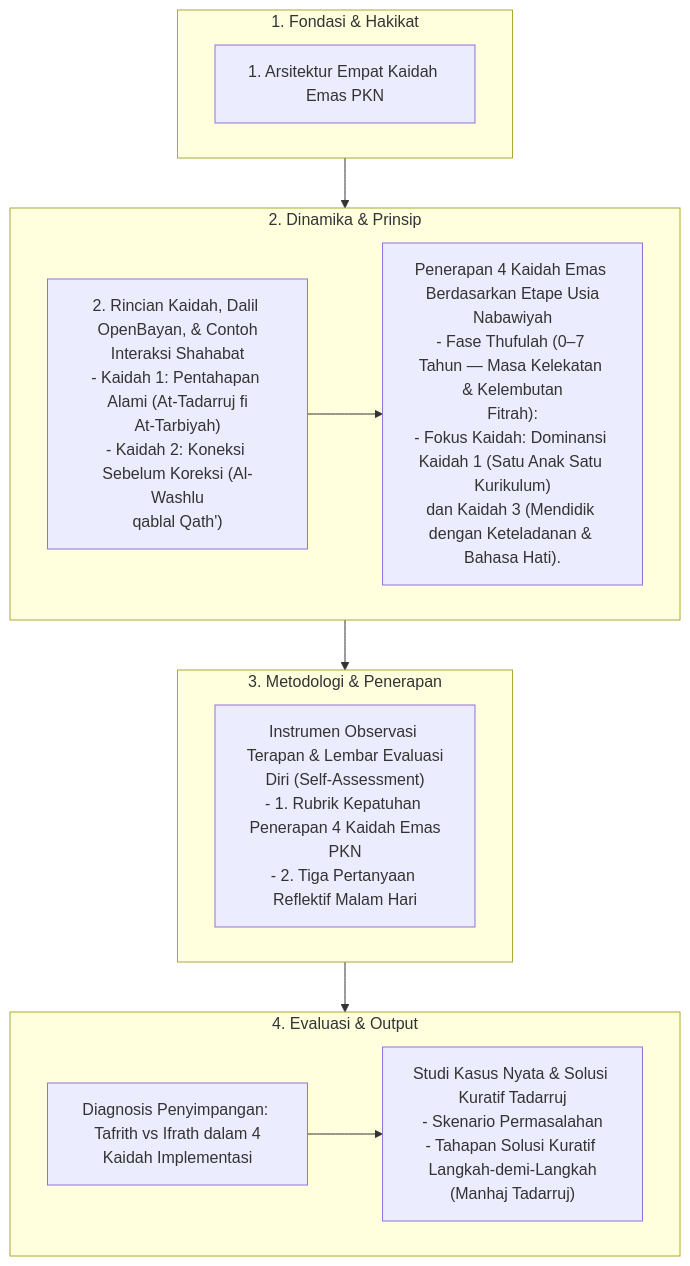
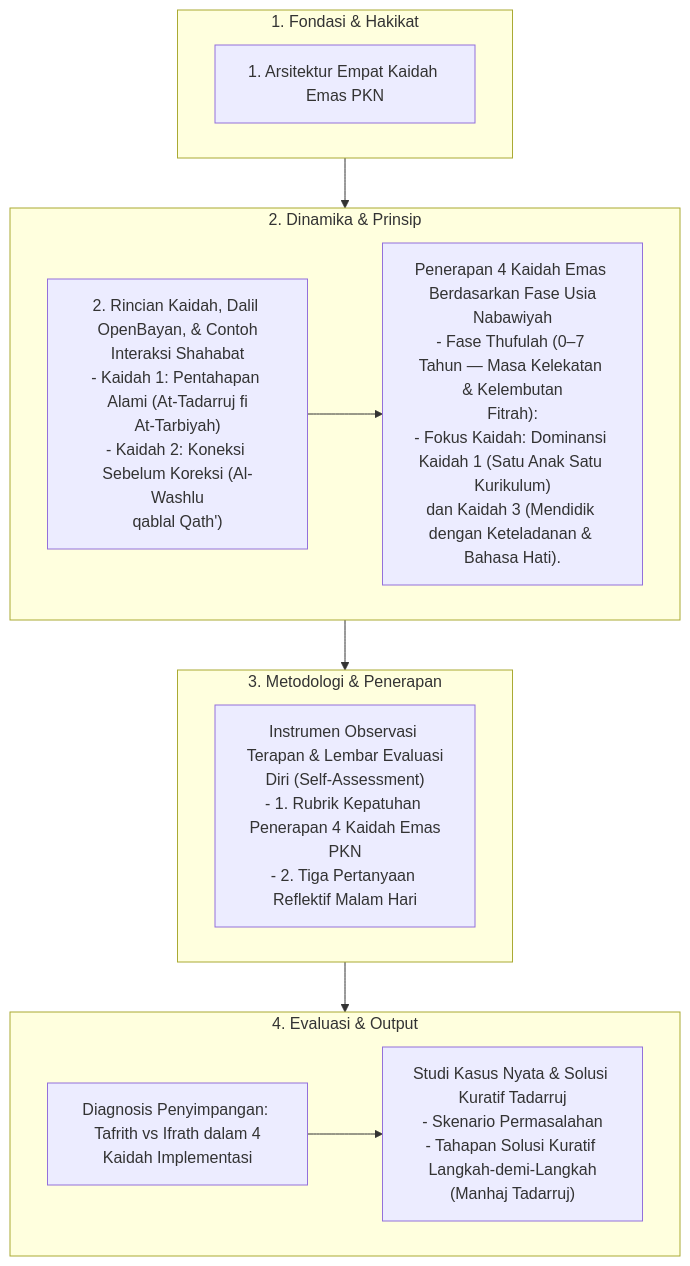
One commit to decaller/wiki-pkn changed the diagram in content_flow/Dokumen Pendidikan Karakter Nabawiyah/Paradigma & Implementasi/Implementasi/Kaidah & Elemen/4 Kaidah Implementasi.md. Above: the diagram before and after it, drawn with Mermaid. The commit also changed 410 other files, not shown here.

Commit message:
feat: create master Glosarium and purify terminology across repo (etape -> fase, archetype -> uswah)

````diff
--- a/content_flow/Dokumen Pendidikan Karakter Nabawiyah/Paradigma & Implementasi/Implementasi/Kaidah & Elemen/4 Kaidah Implementasi.md
+++ b/content_flow/Dokumen Pendidikan Karakter Nabawiyah/Paradigma & Implementasi/Implementasi/Kaidah & Elemen/4 Kaidah Implementasi.md
@@ -10,26 +10,26 @@
 ```mermaid
 flowchart TD
     subgraph S1["1. Fondasi & Hakikat"]
         N1_1["1. Arsitektur Empat Kaidah Emas PKN"]
     end
 
     subgraph S2["2. Dinamika & Prinsip"]
         N2_1["2. Rincian Kaidah, Dalil OpenBayan, & Contoh<br/>Interaksi Shahabat<br/>- Kaidah 1: Pentahapan Alami (At-Tadarruj fi<br/>At-Tarbiyah)<br/>- Kaidah 2: Koneksi Sebelum Koreksi (Al-Washlu<br/>qablal Qath')"]
-        N2_2["Penerapan 4 Kaidah Emas Berdasarkan Etape Usia<br/>Nabawiyah<br/>- Fase Thufulah (0–7 Tahun — Masa Kelekatan & Kelembutan<br/>Fitrah):<br/>- Fokus Kaidah: Dominansi Kaidah 1 (Satu Anak Satu Kurikulum)<br/>dan Kaidah 3 (Mendidik dengan Keteladanan & Bahasa Hati)."]
+        N2_2["Penerapan 4 Kaidah Emas Berdasarkan Fase Usia<br/>Nabawiyah<br/>- Fase Thufulah (0–7 Tahun — Masa Kelekatan & Kelembutan<br/>Fitrah):<br/>- Fokus Kaidah: Dominansi Kaidah 1 (Satu Anak Satu Kurikulum)<br/>dan Kaidah 3 (Mendidik dengan Keteladanan & Bahasa Hati)."]
         N2_1 --> N2_2
     end
 
     subgraph S3["3. Metodologi & Penerapan"]
         N3_1["Instrumen Observasi Terapan & Lembar Evaluasi<br/>Diri (Self-Assessment)<br/>- 1. Rubrik Kepatuhan Penerapan 4 Kaidah Emas<br/>PKN<br/>- 2. Tiga Pertanyaan Reflektif Malam Hari"]
     end
 
     subgraph S4["4. Evaluasi & Output"]
         N4_1["Diagnosis Penyimpangan: Tafrith vs Ifrath dalam 4<br/>Kaidah Implementasi"]
         N4_2["Studi Kasus Nyata & Solusi Kuratif Tadarruj<br/>- Skenario Permasalahan<br/>- Tahapan Solusi Kuratif Langkah-demi-Langkah<br/>(Manhaj Tadarruj)"]
         N4_1 --> N4_2
     end
 
     S1 --> S2
     S2 --> S3
     S3 --> S4
 ```
````
